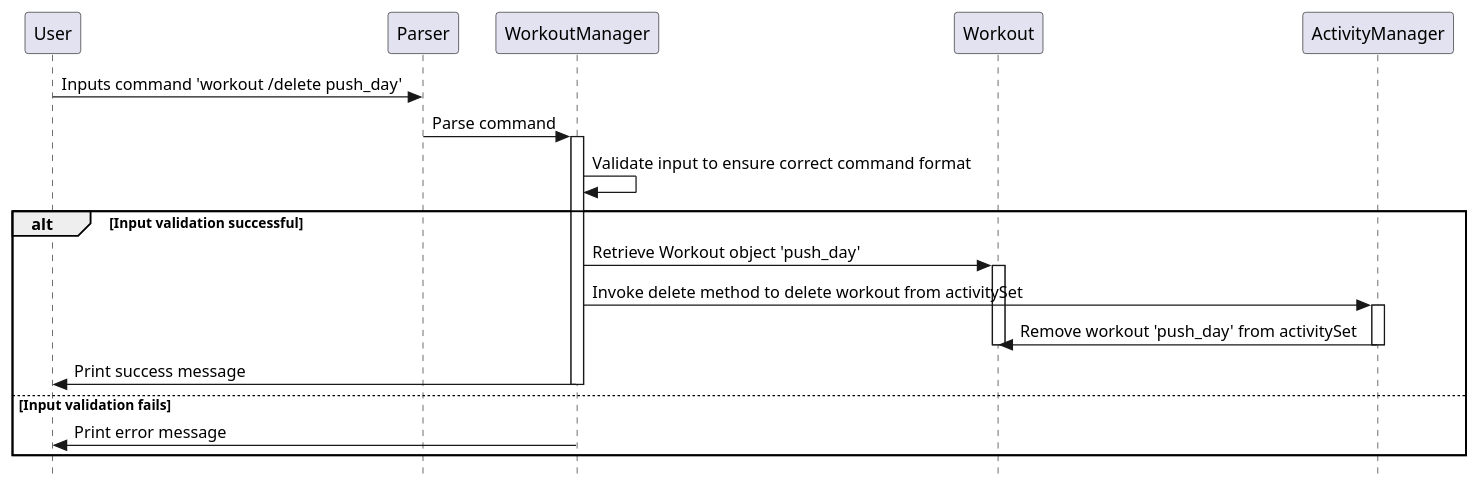
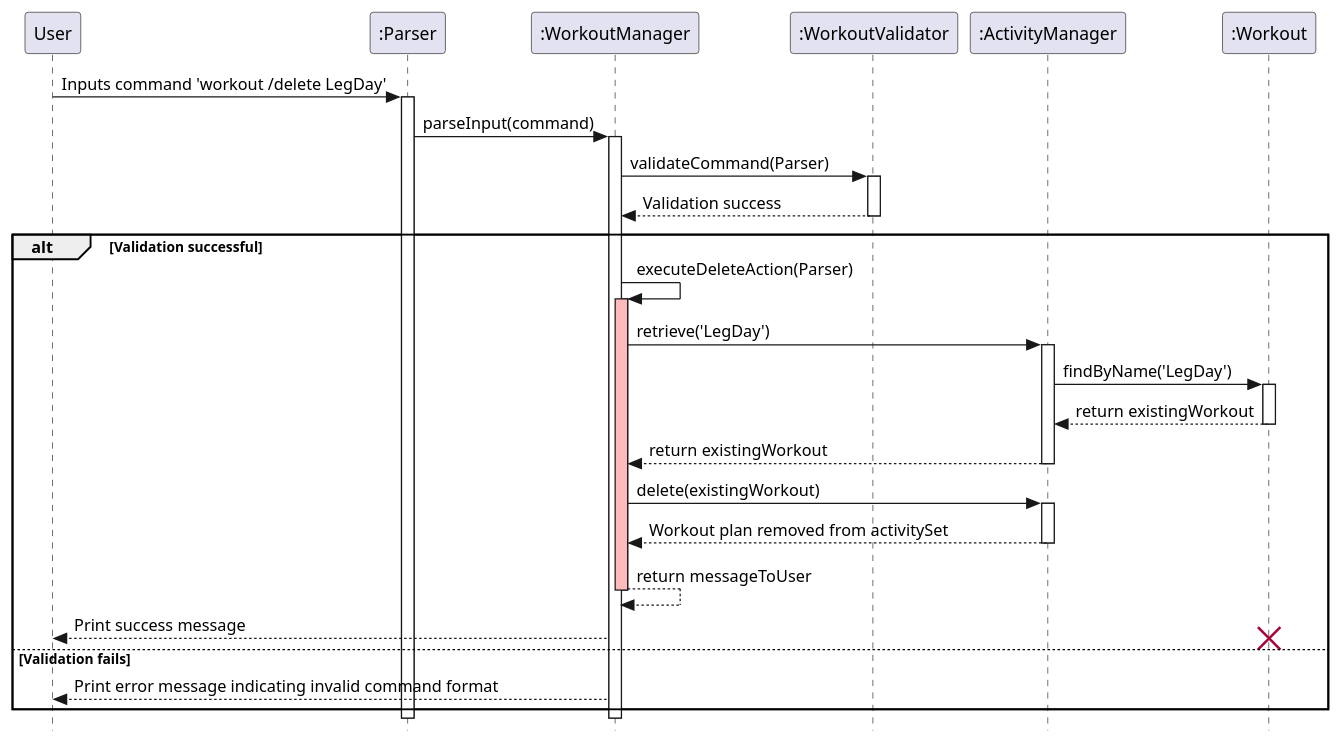
One commit to joshualeejunyi/tp changed the diagram in docs/plantuml/deleteWorkout.puml. Above: the diagram before and after it, drawn with PlantUML. The commit also changed 7 other files, not shown here.

Commit message:
Clean up & add deleteWorkout sequence diagram

```diff
--- a/docs/plantuml/deleteWorkout.puml
+++ b/docs/plantuml/deleteWorkout.puml
@@ -1,28 +1,54 @@
 @startuml SequenceDiagram
+
 skinparam classAttributeIconSize 0
 skinparam style strictuml
 participant User
-participant Parser
-participant WorkoutManager
-participant Workout
-participant ActivityManager
+participant ":Parser" as Parser
+participant ":WorkoutManager" as WorkoutManager
+participant ":WorkoutValidator" as Validator
+participant ":ActivityManager" as ActivityManager
+participant ":Workout" as Workout
 
-User -> Parser: Inputs command 'workout /delete push_day'
-Parser -> WorkoutManager: Parse command
+User -> Parser : Inputs command 'workout /delete LegDay'
+activate Parser
+Parser -> WorkoutManager : parseInput(command)
 activate WorkoutManager
-WorkoutManager -> WorkoutManager: Validate input to ensure correct command format
-alt Input validation successful
-    WorkoutManager -> Workout: Retrieve Workout object 'push_day'
+
+WorkoutManager -> Validator : validateCommand(Parser)
+activate Validator
+Validator --> WorkoutManager : Validation success
+deactivate Validator
+
+alt Validation successful
+
+    WorkoutManager -> WorkoutManager : executeDeleteAction(Parser)
+    activate WorkoutManager #FFBBBB
+
+    WorkoutManager -> ActivityManager : retrieve('LegDay')
+    activate ActivityManager
+    ActivityManager -> Workout : findByName('LegDay')
     activate Workout
-    WorkoutManager -> ActivityManager: Invoke delete method to delete workout from activitySet
+    Workout --> ActivityManager : return existingWorkout
+    deactivate Workout
+    ActivityManager --> WorkoutManager : return existingWorkout
+    deactivate ActivityManager
+
+    WorkoutManager -> ActivityManager : delete(existingWorkout)
     activate ActivityManager
-    ActivityManager -> Workout: Remove workout 'push_day' from activitySet
+    ActivityManager --> WorkoutManager : Workout plan removed from activitySet
     deactivate ActivityManager
-    deactivate Workout
-    WorkoutManager -> User: Print success message
-    deactivate WorkoutManager
-else Input validation fails
-    WorkoutManager -> User: Print error message
+
+    WorkoutManager --> WorkoutManager : return messageToUser
+    deactivate WorkoutManager #FFBBBB
+    WorkoutManager --> User : Print success message
+
+    destroy Workout
+
+else Validation fails
+    WorkoutManager --> User : Print error message indicating invalid command format
 end
 
+deactivate WorkoutManager
+deactivate Parser
+
 @enduml
```
